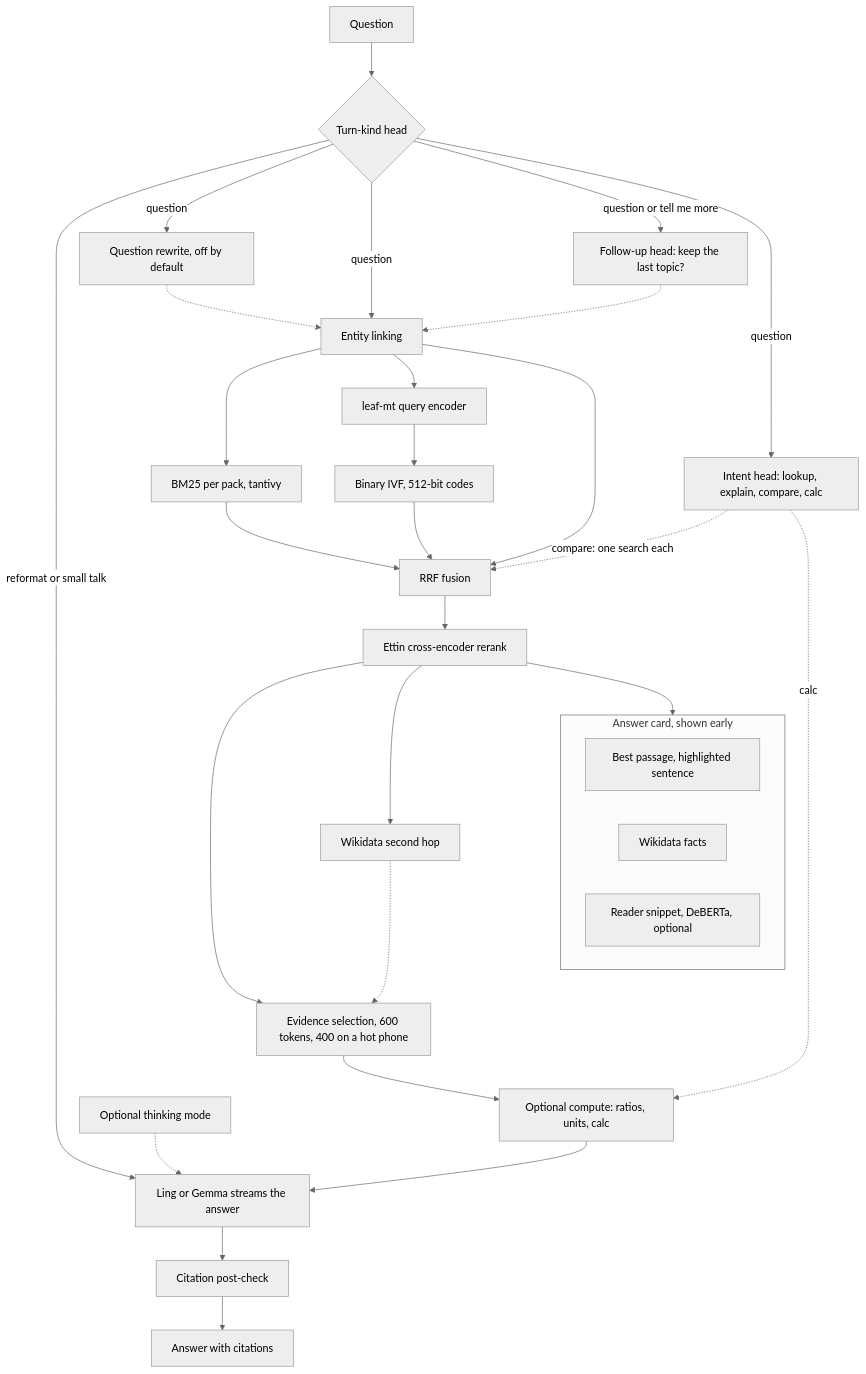
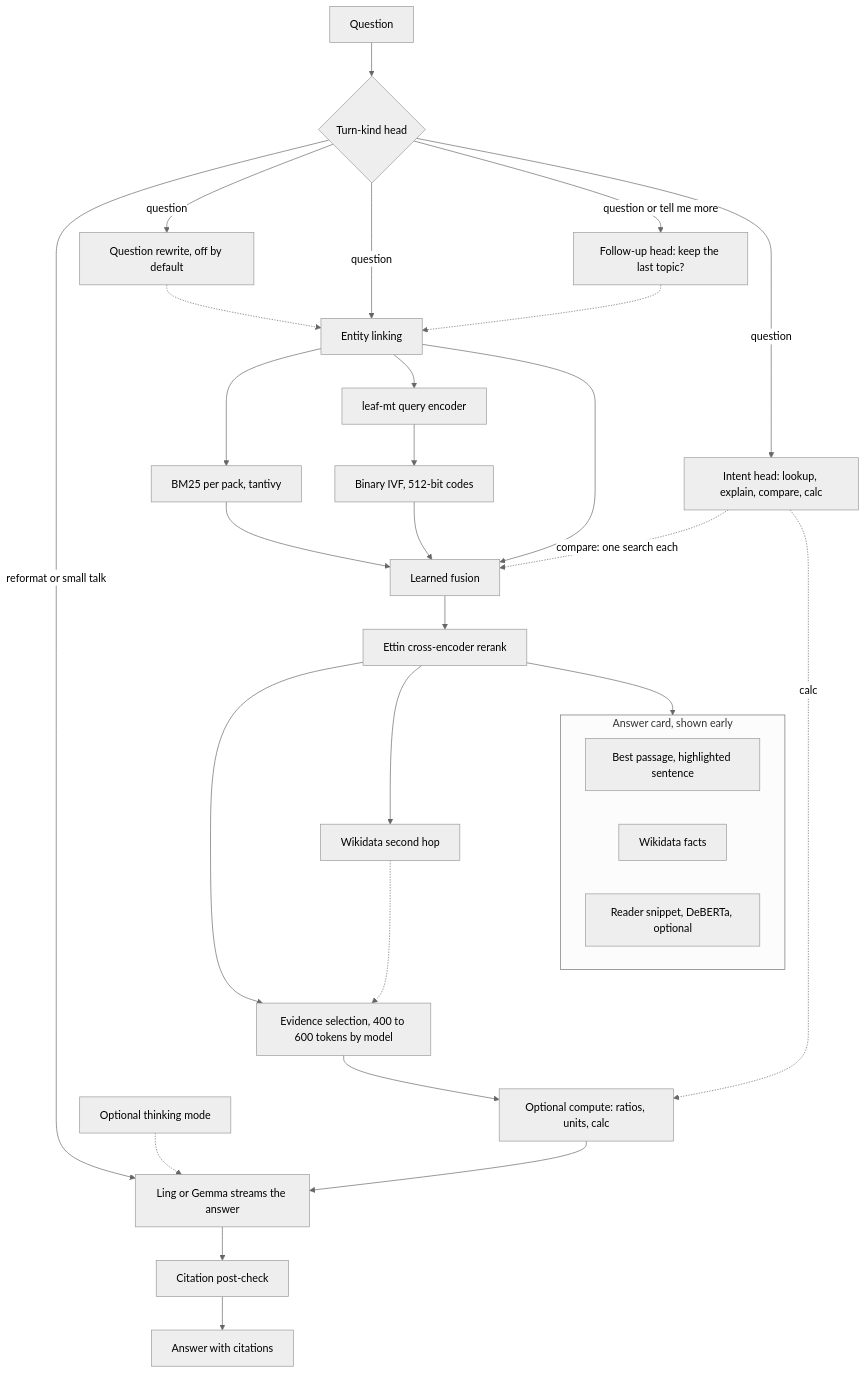
Before and after one commit to 0xPD33/commonplace: the fifth of 5 diagrams in README.md, drawn with Mermaid (neutral theme). The commit also changed other lines of this file and 18 other files, not shown here.

First line of the commit message:
Add learned fusion and the sentence head, and shorten Ling's prompts

````diff
--- a/README.md
+++ b/README.md
@@ -213,34 +213,34 @@
 ```mermaid
 flowchart TD
   Q["Question"] --> TK{"Turn-kind head"}
   TK -->|"reformat or small talk"| GEN
   TK -->|"question"| REW["Question rewrite, off by default"]
   TK -->|"question"| ENT["Entity linking"]
   TK -->|"question or tell me more"| FU["Follow-up head: keep the last topic?"]
   FU -.-> ENT
   REW -.-> ENT
   TK -->|"question"| INT["Intent head: lookup, explain, compare, calc"]
   ENT --> BM25["BM25 per pack, tantivy"]
   ENT --> ENC["leaf-mt query encoder"]
   ENC --> IVF["Binary IVF, 512-bit codes"]
-  BM25 --> RRF["RRF fusion"]
+  BM25 --> RRF["Learned fusion"]
   IVF --> RRF
   ENT --> RRF
   INT -.->|"compare: one search each"| RRF
   RRF --> RR["Ettin cross-encoder rerank"]
   RR --> CARD
   subgraph CARD["Answer card, shown early"]
     P["Best passage, highlighted sentence"]
     F["Wikidata facts"]
     R["Reader snippet, DeBERTa, optional"]
   end
-  RR --> EV["Evidence selection, 600 tokens, 400 on a hot phone"]
+  RR --> EV["Evidence selection, 400 to 600 tokens by model"]
   RR --> HOP["Wikidata second hop"]
   HOP -.-> EV
   EV --> COMP["Optional compute: ratios, units, calc"]
   INT -.->|"calc"| COMP
   COMP --> GEN["Ling or Gemma streams the answer"]
   THINK["Optional thinking mode"] -.-> GEN
   GEN --> CHK["Citation post-check"]
   CHK --> ANS["Answer with citations"]
 ```
````
